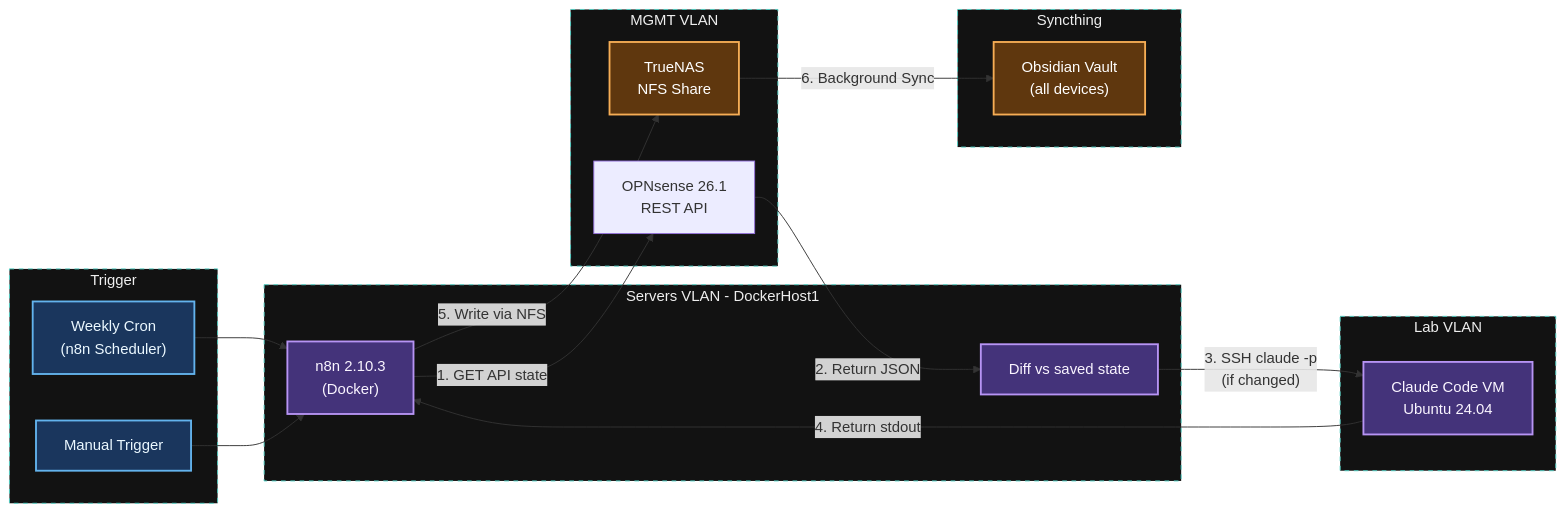
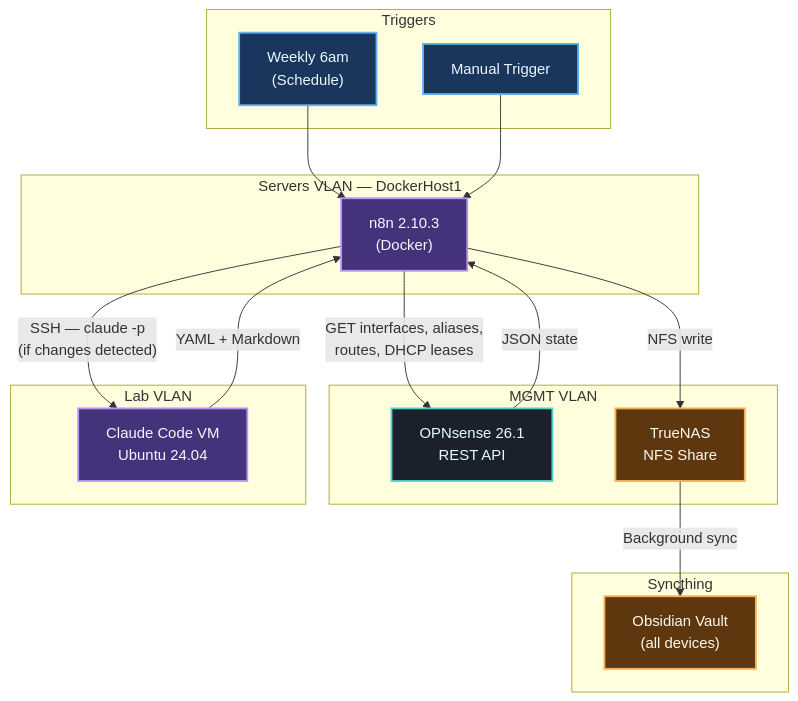
The first of 2 diagrams in content/docs/projects/n8n-homelab-docs-pipeline/index.md (moshthesubnet/hugo_website), drawn with Mermaid before and after one commit.

Commit message:
Replace architecture diagram with simplified flowchart matching breakdown style
Switched from graph LR to flowchart TD, dropped internal detail nodes,
and applied the same classDef palette (trigger/api/code/io) used in the
workflow breakdown diagram for visual consistency.

```diff
--- a/content/docs/projects/n8n-homelab-docs-pipeline/index.md
+++ b/content/docs/projects/n8n-homelab-docs-pipeline/index.md
@@ -41,46 +41,43 @@
 {{< mermaid >}}
-graph LR
-  subgraph trigger["Trigger"]
-    CRON["Weekly Cron<br/>(n8n Scheduler)"]
-    MANUAL["Manual Trigger"]
-  end
+flowchart TD
+    subgraph trigger["Triggers"]
+        SCHED["Weekly 6am<br/>(Schedule)"]
+        MANUAL["Manual Trigger"]
+    end
 
-  subgraph servers["Servers VLAN - DockerHost1"]
-    N8N["n8n 2.10.3<br/>(Docker)"]
-    DIFF["Diff vs saved state"]
-  end
+    subgraph servers["Servers VLAN — DockerHost1"]
+        N8N["n8n 2.10.3<br/>(Docker)"]
+    end
 
-  subgraph mgmt["MGMT VLAN"]
-    OPN["OPNsense 26.1<br/>REST API"]
-    TRUENAS["TrueNAS<br/>NFS Share"]
-  end
+    subgraph mgmt["MGMT VLAN"]
+        OPN["OPNsense 26.1<br/>REST API"]
+        TRUENAS["TrueNAS<br/>NFS Share"]
+    end
 
-  subgraph lab["Lab VLAN"]
-    CLAUDE["Claude Code VM<br/>Ubuntu 24.04"]
-  end
+    subgraph lab["Lab VLAN"]
+        CLAUDE["Claude Code VM<br/>Ubuntu 24.04"]
+    end
 
-  subgraph sync["Syncthing"]
-    OBSIDIAN["Obsidian Vault<br/>(all devices)"]
-  end
+    subgraph sync["Syncthing"]
+        OBSIDIAN["Obsidian Vault<br/>(all devices)"]
+    end
 
-  CRON --> N8N
-  MANUAL --> N8N
+    SCHED --> N8N
+    MANUAL --> N8N
+    N8N -->|"GET interfaces, aliases,<br/>routes, DHCP leases"| OPN
+    OPN -->|"JSON state"| N8N
+    N8N -->|"SSH — claude -p<br/>(if changes detected)"| CLAUDE
+    CLAUDE -->|"YAML + Markdown"| N8N
+    N8N -->|"NFS write"| TRUENAS
+    TRUENAS -->|"Background sync"| OBSIDIAN
 
-  %% Corrected data flow
-  N8N -->|"1. GET API state"| OPN
-  OPN -->|"2. Return JSON"| DIFF
-  DIFF -->|"3. SSH claude -p<br/>(if changed)"| CLAUDE
-  CLAUDE -->|"4. Return stdout"| N8N
-  N8N -->|"5. Write via NFS"| TRUENAS
-  TRUENAS -->|"6. Background Sync"| OBSIDIAN
+    classDef trigger fill:#1a365d,stroke:#63b3ed,stroke-width:2px,color:#ebf8ff
+    classDef api fill:#1a202c,stroke:#4fd1c5,stroke-width:2px,color:#e6fffa
+    classDef code fill:#44337a,stroke:#b794f4,stroke-width:2px,color:#faf5ff
+    classDef io fill:#5f370e,stroke:#f6ad55,stroke-width:2px,color:#fffaf0
 
-  classDef vlan fill:#121212,stroke:#4fd1c5,stroke-dasharray: 5 5,color:#eeeeee
-  classDef service fill:#44337a,stroke:#b794f4,stroke-width:2px,color:#faf5ff
-  classDef storage fill:#5f370e,stroke:#f6ad55,stroke-width:2px,color:#ffffff
-  classDef trigger fill:#1a365d,stroke:#63b3ed,stroke-width:2px,color:#ebf8ff
-
-  class trigger,servers,mgmt,lab,sync vlan
-  class N8N,DIFF,CLAUDE service
-  class TRUENAS,OBSIDIAN storage
-  class CRON,MANUAL trigger
+    class SCHED,MANUAL trigger
+    class OPN api
+    class N8N,CLAUDE code
+    class TRUENAS,OBSIDIAN io
 {{< /mermaid >}}
```
